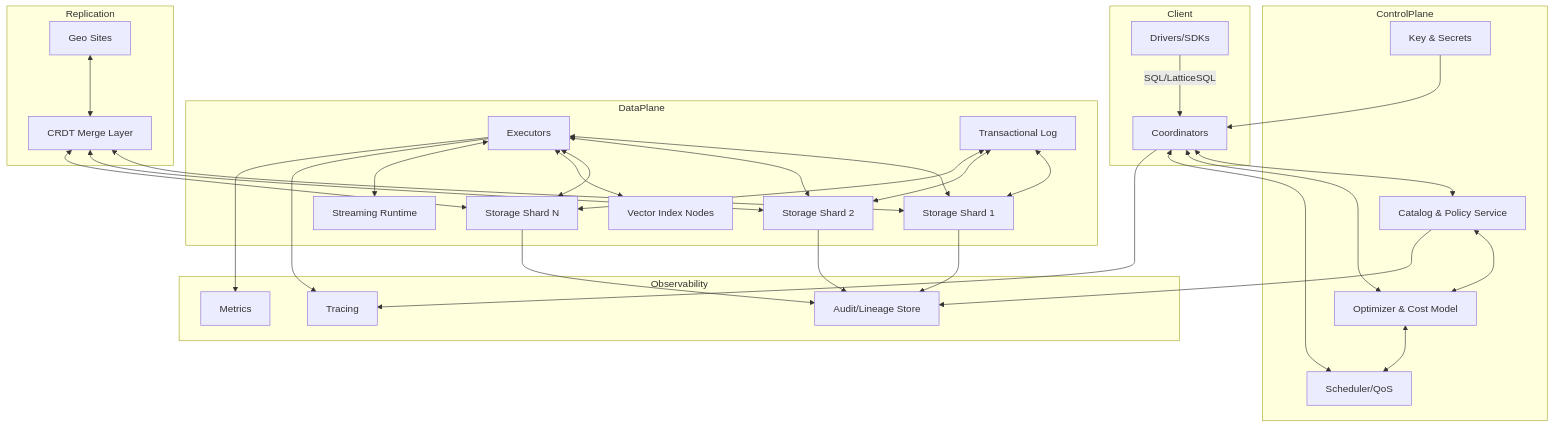
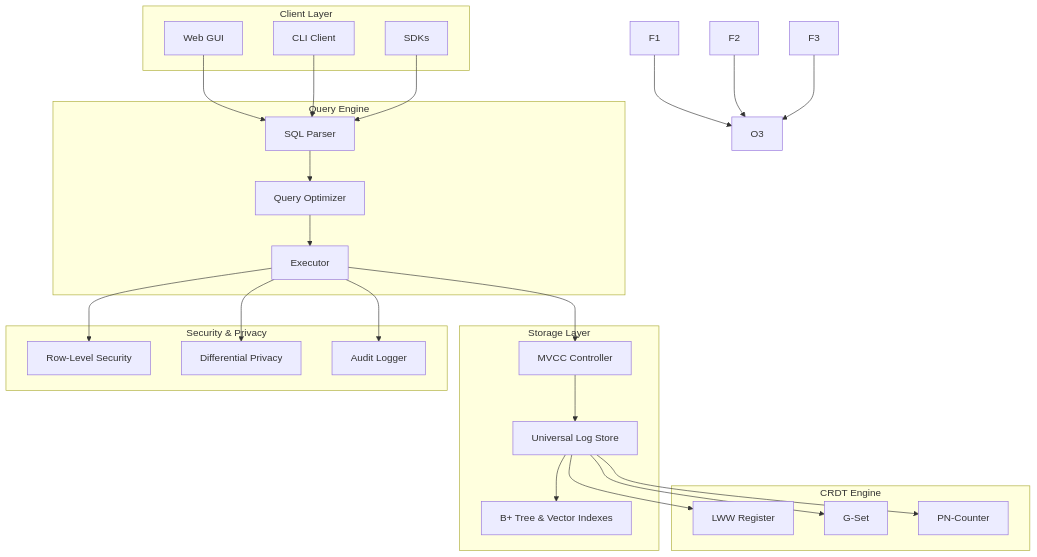
The first of 9 diagrams in README.md (hoangsonww/LatticeDB-NextGen-DBMS), drawn with Mermaid before and after one commit. The commit also changed other lines of this file and 82 other files, not shown here.

````diff
--- a/README.md
+++ b/README.md
@@ -94,61 +94,50 @@
 ```mermaid
 flowchart TD
-    subgraph Client
-      A[Drivers/SDKs] -->|SQL/LatticeSQL| B[Coordinators]
+    subgraph "Client Layer"
+      GUI[Web GUI]
+      CLI[CLI Client]
+      SDK[SDKs]
     end
 
-    subgraph ControlPlane
-      P[Catalog & Policy Service]
-      Q[Optimizer & Cost Model]
-      R[Scheduler/QoS]
-      S[Key & Secrets]
-      P <--> Q
-      Q <--> R
-      S --> B
+    subgraph "Query Engine"
+      PARSE[SQL Parser]
+      OPT[Query Optimizer]
+      EXEC[Executor]
     end
 
-    B <--> P
-    B <--> Q
-    B <--> R
-
-    subgraph DataPlane
-      E[Executors]
-      F1[Storage Shard 1]
-      F2[Storage Shard 2]
-      F3[Storage Shard N]
-      L[Transactional Log]
-      X[Streaming Runtime]
-      V[Vector Index Nodes]
-      E <--> F1
-      E <--> F2
-      E <--> F3
-      E <--> V
-      E <--> X
-      L <--> F1
-      L <--> F2
-      L <--> F3
+    subgraph "Storage Layer"
+      MVCC[MVCC Controller]
+      ULS[Universal Log Store]
+      IDX[B+ Tree & Vector Indexes]
     end
 
-    subgraph Replication
-      G[Geo Sites]
-      H[CRDT Merge Layer]
-      G <--> H
-      H <--> F1
-      H <--> F2
-      H <--> F3
+    subgraph "CRDT Engine"
+      LWW[LWW Register]
+      GSET[G-Set]
+      COUNTER[PN-Counter]
     end
 
-    subgraph Observability
-      O1[Tracing]
-      O2[Metrics]
-      O3[Audit/Lineage Store]
+    subgraph "Security & Privacy"
+      RLS[Row-Level Security]
+      DP[Differential Privacy]
+      AUDIT[Audit Logger]
     end
 
-    B --> O1
-    E --> O1
-    E --> O2
-    P --> O3
+    GUI --> PARSE
+    CLI --> PARSE
+    SDK --> PARSE
+    PARSE --> OPT
+    OPT --> EXEC
+    EXEC --> MVCC
+    MVCC --> ULS
+    ULS --> IDX
+    EXEC --> RLS
+    EXEC --> DP
+    EXEC --> AUDIT
+    ULS --> LWW
+    ULS --> GSET
+    ULS --> COUNTER
     F1 --> O3
     F2 --> O3
     F3 --> O3
 ```
````
